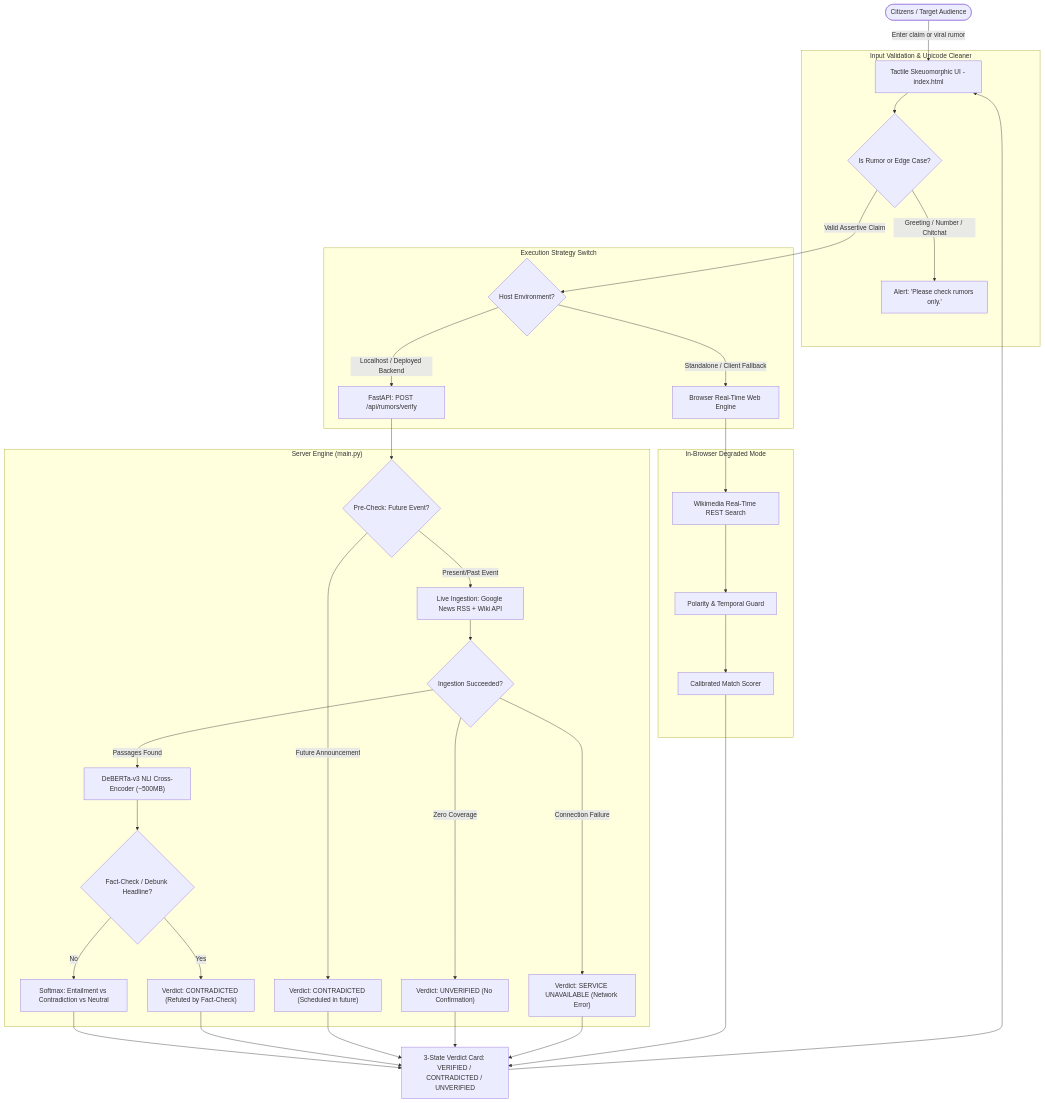
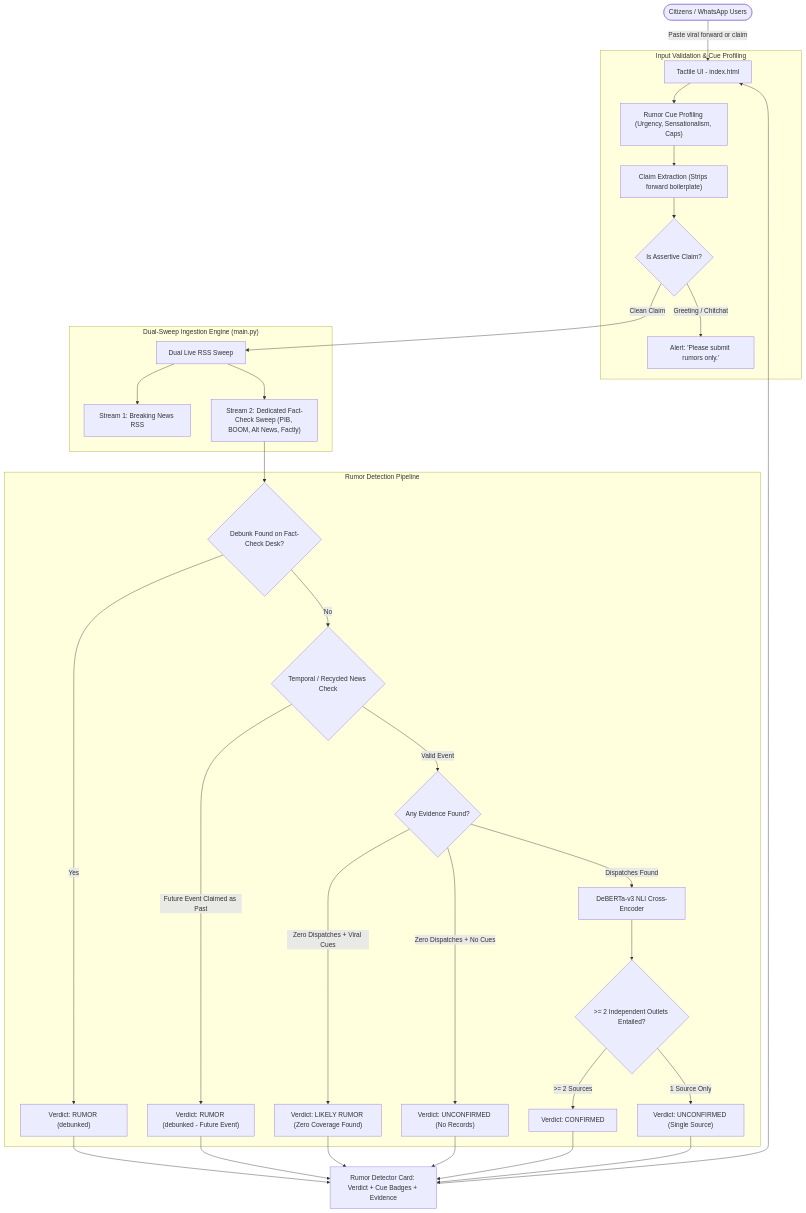
Before and after one commit to 1SHAMAY1/CivicTrustHub: the diagram in README.md, drawn with Mermaid. The commit also changed other lines of this file and 5 other files, not shown here.

Commit message:
Transform engine functionally into authentic rumor detector: claim extraction, viral cue profiling, dedicated fact-check sweep, multi-source corroboration rule, and 5-state rumor verdicts

````diff
--- a/README.md
+++ b/README.md
@@ -51,42 +49,42 @@
 ```mermaid
 flowchart TD
-    User([Citizens / Target Audience]) -->|Enter claim or viral rumor| UI[Tactile Skeuomorphic UI - index.html]
+    User([Citizens / WhatsApp Users]) -->|Paste viral forward or claim| UI[Tactile UI - index.html]
     
-    subgraph PreValidation ["Input Validation & Unicode Cleaner"]
-        UI --> EdgeFilter{Is Rumor or Edge Case?}
-        EdgeFilter -->|Greeting / Number / Chitchat| Warning["Alert: 'Please check rumors only.'"]
+    subgraph PreValidation ["Input Validation & Cue Profiling"]
+        UI --> CueDetector["Rumor Cue Profiling (Urgency, Sensationalism, Caps)"]
+        CueDetector --> ClaimExtractor["Claim Extraction (Strips forward boilerplate)"]
+        ClaimExtractor --> Sanitizer{Is Assertive Claim?}
+        Sanitizer -->|Greeting / Chitchat| Reject["Alert: 'Please submit rumors only.'"]
     end
 
-    subgraph RuntimeDispatch ["Execution Strategy Switch"]
-        EdgeFilter -->|Valid Assertive Claim| EnvSwitch{Host Environment?}
-        EnvSwitch -->|Localhost / Deployed Backend| BackendAPI["FastAPI: POST /api/rumors/verify"]
-        EnvSwitch -->|Standalone / Client Fallback| ClientLiveEngine[Browser Real-Time Web Engine]
+    subgraph DualIngestion ["Dual-Sweep Ingestion Engine (main.py)"]
+        Sanitizer -->|Clean Claim| DualSweep[Dual Live RSS Sweep]
+        DualSweep --> StreamA["Stream 1: Breaking News RSS"]
+        DualSweep --> StreamB["Stream 2: Dedicated Fact-Check Sweep (PIB, BOOM, Alt News, Factly)"]
     end
 
-    subgraph ServerBackend ["Server Engine (main.py)"]
-        BackendAPI --> TemporalCheck{Pre-Check: Future Event?}
-        TemporalCheck -->|Future Announcement| FutureContradict["Verdict: CONTRADICTED (Scheduled in future)"]
-        TemporalCheck -->|Present/Past Event| LiveSweep[Live Ingestion: Google News RSS + Wiki API]
-        LiveSweep --> NetCheck{Ingestion Succeeded?}
-        NetCheck -->|Connection Failure| NetError["Verdict: SERVICE UNAVAILABLE (Network Error)"]
-        NetCheck -->|Zero Coverage| ZeroUnverified["Verdict: UNVERIFIED (No Confirmation)"]
-        NetCheck -->|Passages Found| NLI["DeBERTa-v3 NLI Cross-Encoder (~500MB)"]
-        NLI --> DebunkCheck{Fact-Check / Debunk Headline?}
-        DebunkCheck -->|Yes| DebunkContradict["Verdict: CONTRADICTED (Refuted by Fact-Check)"]
-        DebunkCheck -->|No| InferenceProb[Softmax: Entailment vs Contradiction vs Neutral]
+    subgraph DecisionPipeline ["Rumor Detection Pipeline"]
+        StreamB --> FactCheckMatch{Debunk Found on Fact-Check Desk?}
+        FactCheckMatch -->|Yes| Debunked["Verdict: RUMOR (debunked)"]
+        
+        FactCheckMatch -->|No| TemporalCheck{Temporal / Recycled News Check}
+        TemporalCheck -->|Future Event Claimed as Past| FutureDebunk["Verdict: RUMOR (debunked - Future Event)"]
+        
+        TemporalCheck -->|Valid Event| CoverageCheck{Any Evidence Found?}
+        CoverageCheck -->|Zero Dispatches + Viral Cues| AbsenceRumor["Verdict: LIKELY RUMOR (Zero Coverage Found)"]
+        CoverageCheck -->|Zero Dispatches + No Cues| AbsenceUnconfirmed["Verdict: UNCONFIRMED (No Records)"]
+        
+        CoverageCheck -->|Dispatches Found| NLI["DeBERTa-v3 NLI Cross-Encoder"]
+        NLI --> MultiSource{>= 2 Independent Outlets Entailed?}
+        MultiSource -->|>= 2 Sources| Confirmed["Verdict: CONFIRMED"]
+        MultiSource -->|1 Source Only| SingleSource["Verdict: UNCONFIRMED (Single Source)"]
     end
 
-    subgraph BrowserEngine ["In-Browser Degraded Mode"]
-        ClientLiveEngine --> WikiSearch[Wikimedia Real-Time REST Search]
-        WikiSearch --> PolarityTemporalClient["Polarity & Temporal Guard"]
-        PolarityTemporalClient --> KeywordDensity[Calibrated Match Scorer]
-    end
-
-    InferenceProb --> VerdictCard[3-State Verdict Card: VERIFIED / CONTRADICTED / UNVERIFIED]
-    DebunkContradict --> VerdictCard
-    FutureContradict --> VerdictCard
-    ZeroUnverified --> VerdictCard
-    NetError --> VerdictCard
-    KeywordDensity --> VerdictCard
+    Debunked --> VerdictCard[Rumor Detector Card: Verdict + Cue Badges + Evidence]
+    FutureDebunk --> VerdictCard
+    AbsenceRumor --> VerdictCard
+    AbsenceUnconfirmed --> VerdictCard
+    Confirmed --> VerdictCard
+    SingleSource --> VerdictCard
     VerdictCard --> UI
 ```
````
